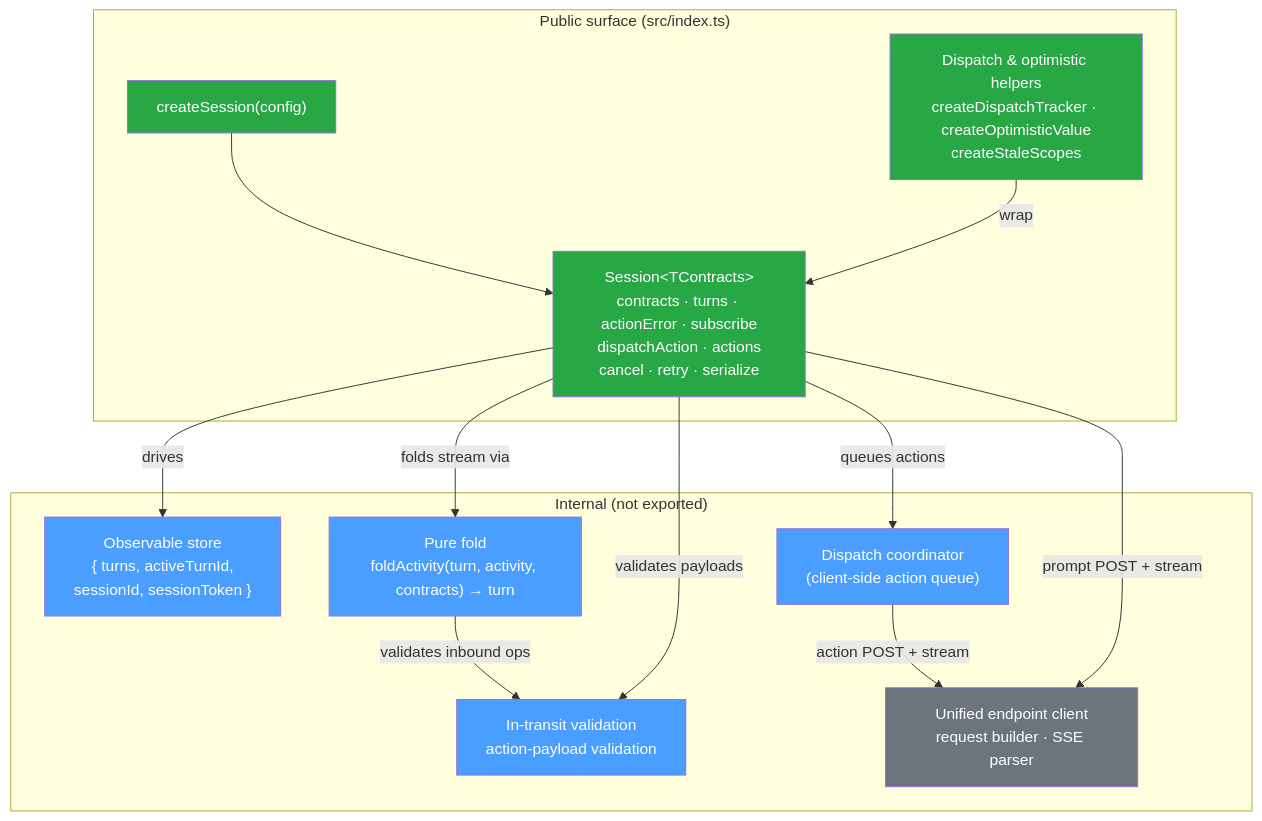
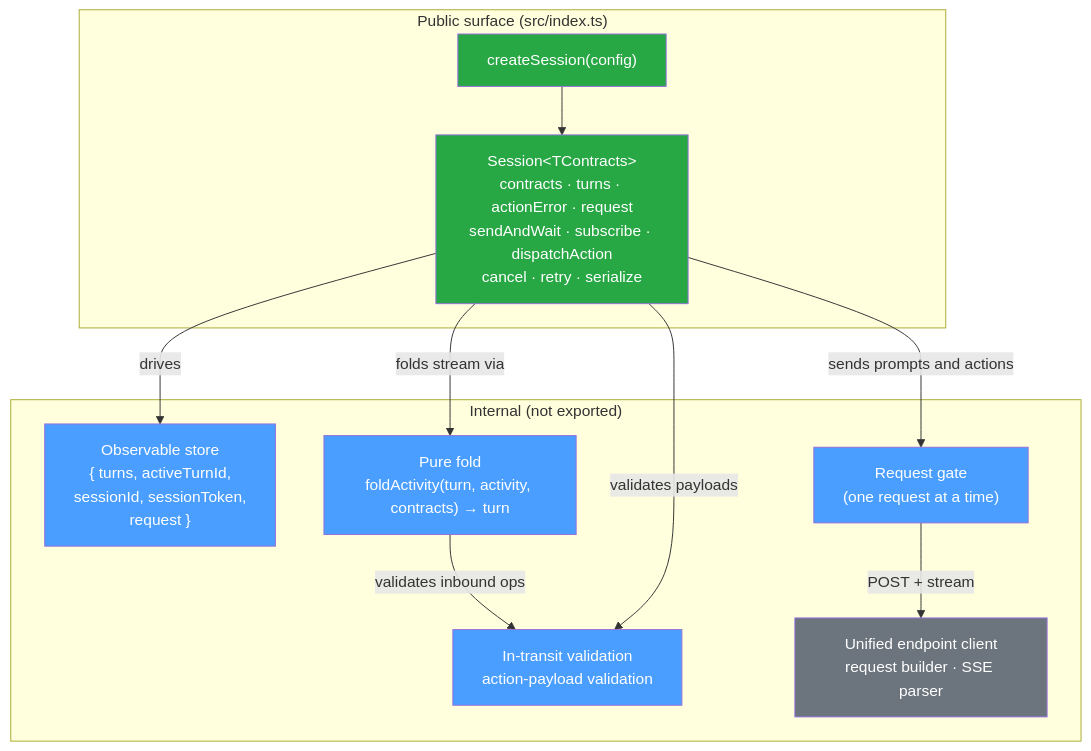
The first of 2 diagrams in packages/thermidor/docs/architecture.md (coveo/ui-kit), drawn with Mermaid before and after one commit. The commit also changed other lines of this file and 50 other files, not shown here.

Commit message:
feat(thermidor): send one request at a time and expose the request in flight j:KIT-6415 (#8734)

````diff
--- a/packages/thermidor/docs/architecture.md
+++ b/packages/thermidor/docs/architecture.md
@@ -17,35 +17,31 @@
 ```mermaid
 graph TB
     subgraph "Public surface (src/index.ts)"
         CS["createSession(config)"]
-        SESSION["Session&lt;TContracts&gt;<br/>contracts · turns · actionError · subscribe<br/>dispatchAction · actions<br/>cancel · retry · serialize"]
-        HELPERS["Dispatch &amp; optimistic helpers<br/>createDispatchTracker · createOptimisticValue<br/>createStaleScopes"]
+        SESSION["Session&lt;TContracts&gt;<br/>contracts · turns · actionError · request<br/>sendAndWait · subscribe · dispatchAction<br/>cancel · retry · serialize"]
     end
 
     subgraph "Internal (not exported)"
-        STORE["Observable store<br/>{ turns, activeTurnId,<br/>sessionId, sessionToken }"]
+        STORE["Observable store<br/>{ turns, activeTurnId,<br/>sessionId, sessionToken,<br/>request }"]
         FOLD["Pure fold<br/>foldActivity(turn, activity, contracts) → turn"]
         VALID["In-transit validation<br/>action-payload validation"]
-        QUEUE["Dispatch coordinator<br/>(client-side action queue)"]
+        GATE["Request gate<br/>(one request at a time)"]
         API["Unified endpoint client<br/>request builder · SSE parser"]
     end
 
     CS --> SESSION
     SESSION -->|drives| STORE
     SESSION -->|folds stream via| FOLD
     FOLD -->|validates inbound ops| VALID
     SESSION -->|validates payloads| VALID
-    SESSION -->|queues actions| QUEUE
-    QUEUE -->|action POST + stream| API
-    SESSION -->|prompt POST + stream| API
-    HELPERS -->|wrap| SESSION
+    SESSION -->|sends prompts and actions| GATE
+    GATE -->|POST + stream| API
 
     style CS fill:#28a745,color:#fff
     style SESSION fill:#28a745,color:#fff
-    style HELPERS fill:#28a745,color:#fff
     style STORE fill:#4a9eff,color:#fff
     style FOLD fill:#4a9eff,color:#fff
     style VALID fill:#4a9eff,color:#fff
-    style QUEUE fill:#4a9eff,color:#fff
+    style GATE fill:#4a9eff,color:#fff
     style API fill:#6c757d,color:#fff
 ```
````
